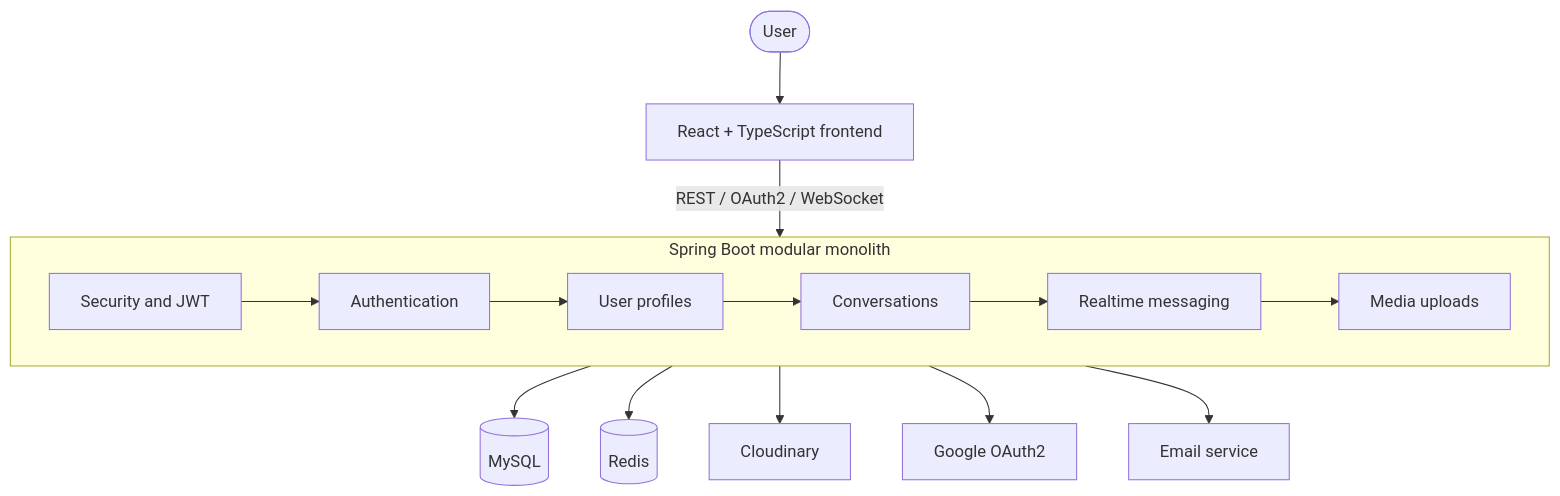
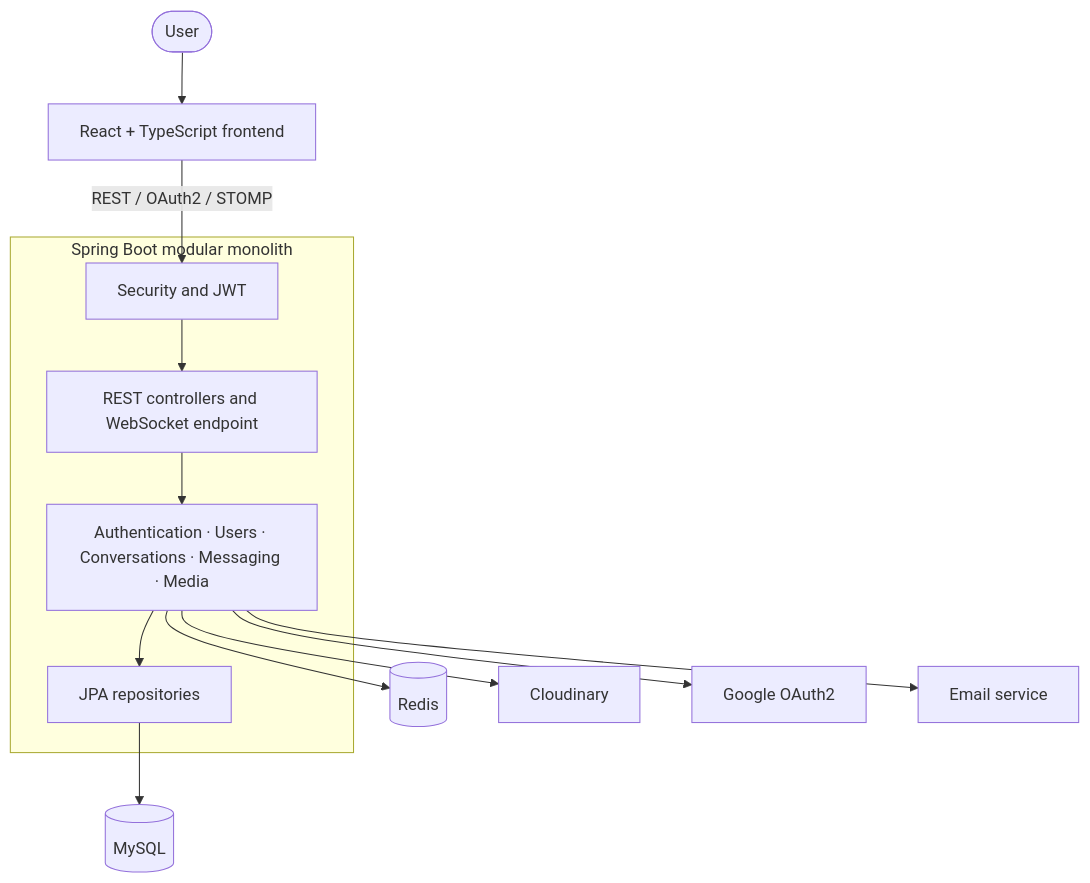
Before and after one commit to tranverse/realtime-chat-application: the diagram in README.md, drawn with Mermaid. The commit also changed other lines of this file, not shown here.

Commit message:
docs: align system overview with implemented MVP

````diff
--- a/README.md
+++ b/README.md
@@ -29,26 +29,22 @@
 ```mermaid
 flowchart TB
     User([User]) --> Frontend[React + TypeScript frontend]
-    Frontend -->|REST / OAuth2 / WebSocket| Backend
+    Frontend -->|REST / OAuth2 / STOMP| Security
 
     subgraph Backend[Spring Boot modular monolith]
         Security[Security and JWT]
-        Auth[Authentication]
-        Users[User profiles]
-        Chats[Conversations]
-        Messages[Realtime messaging]
-        Media[Media uploads]
+        Interfaces[REST controllers and WebSocket endpoint]
+        Modules[Authentication · Users · Conversations · Messaging · Media]
+        Persistence[JPA repositories]
 
-        Security --> Auth
-        Auth --> Users
-        Users --> Chats
-        Chats --> Messages
-        Messages --> Media
+        Security --> Interfaces
+        Interfaces --> Modules
+        Modules --> Persistence
     end
 
-    Backend --> MySQL[(MySQL)]
-    Backend --> Redis[(Redis)]
-    Backend --> Cloudinary[Cloudinary]
-    Backend --> Google[Google OAuth2]
-    Backend --> Email[Email service]
+    Persistence --> MySQL[(MySQL)]
+    Modules --> Redis[(Redis)]
+    Modules --> Cloudinary[Cloudinary]
+    Modules --> Google[Google OAuth2]
+    Modules --> Email[Email service]
 ```
````
